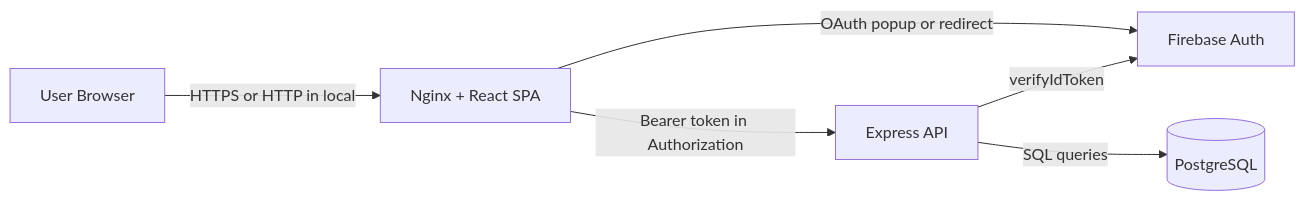
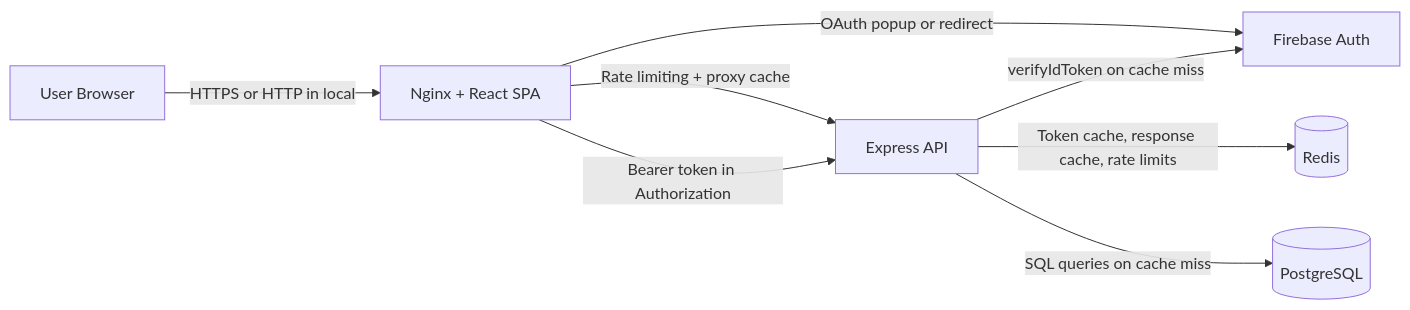
Before and after one commit to abhishek0412/contacts-app: the diagram in ARCHITECTURE.md, drawn with Mermaid. The commit also changed other lines of this file and 3 other files, not shown here.

````diff
--- a/ARCHITECTURE.md
+++ b/ARCHITECTURE.md
@@ -24,14 +26,17 @@
 ```mermaid
 graph LR
     U[User Browser]
     FE[Nginx + React SPA]
     FID[Firebase Auth]
     API[Express API]
+    RD[(Redis)]
     PG[(PostgreSQL)]
 
     U -->|HTTPS or HTTP in local| FE
     FE -->|OAuth popup or redirect| FID
+    FE -->|Rate limiting + proxy cache| API
     FE -->|Bearer token in Authorization| API
-    API -->|verifyIdToken| FID
-    API -->|SQL queries| PG
+    API -->|Token cache, response cache, rate limits| RD
+    API -->|verifyIdToken on cache miss| FID
+    API -->|SQL queries on cache miss| PG
 ```
````
